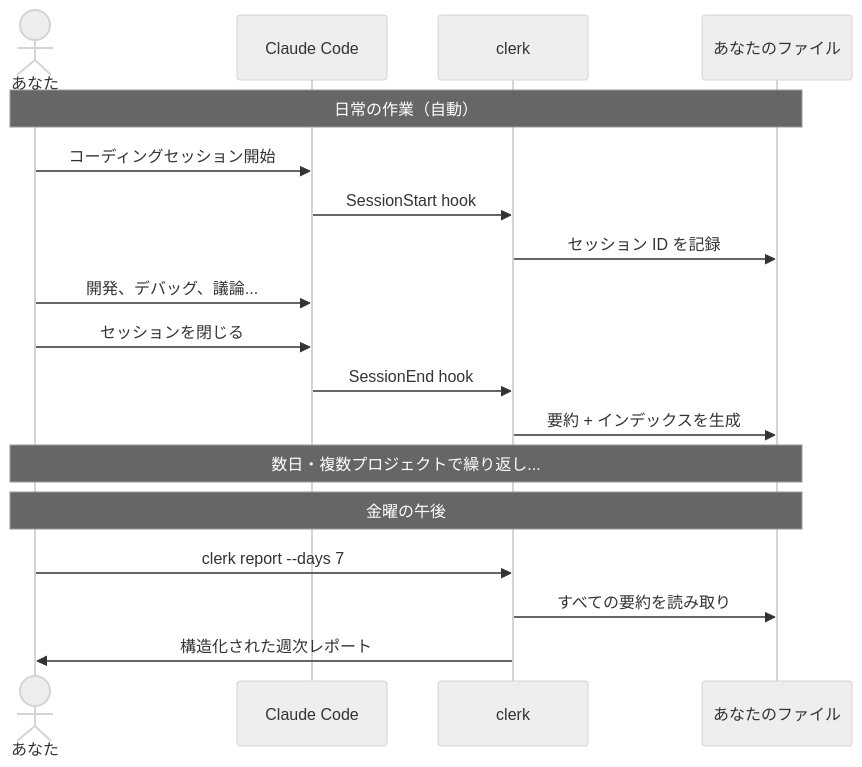
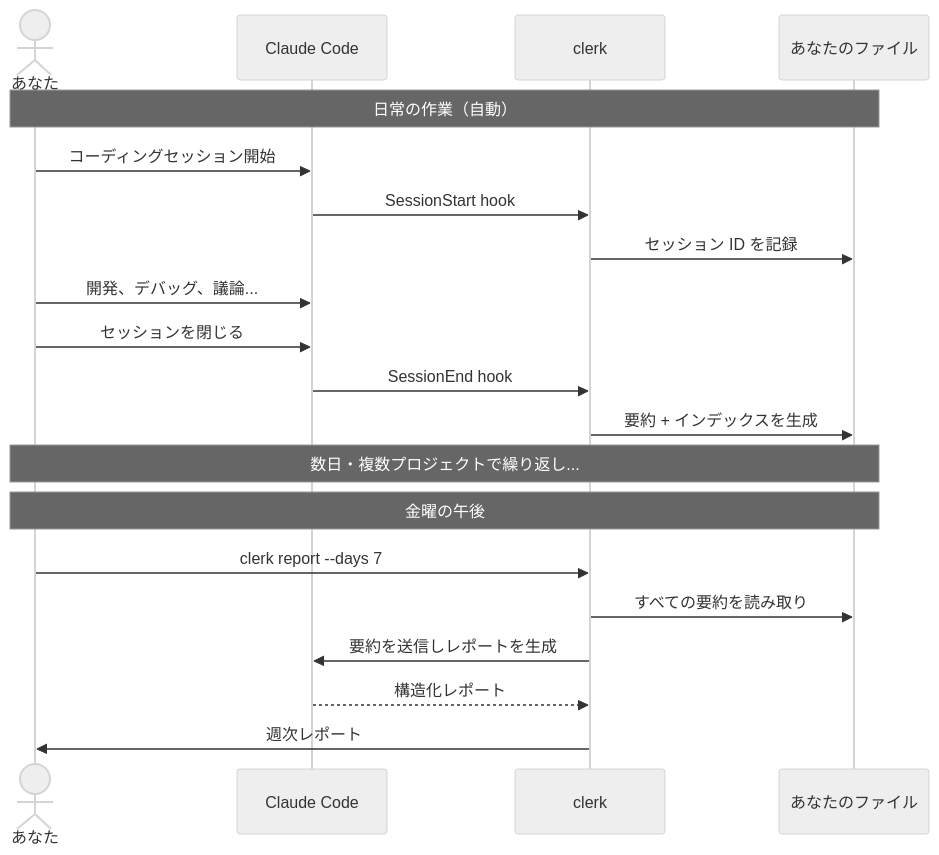
One commit to vulcanshen/clerk changed the second of 2 diagrams in README.ja.md. Above: the diagram before and after it, drawn with Mermaid (neutral theme). The commit also changed 3 other files, not shown here.

Commit message:
docs: add Claude report generation step to user journey diagram

````diff
--- a/README.ja.md
+++ b/README.ja.md
@@ -91,24 +91,26 @@
 ```mermaid
 sequenceDiagram
     actor You as あなた
     participant CC as Claude Code
     participant clerk
     participant Files as あなたのファイル
 
     Note over You,Files: 日常の作業（自動）
     You->>CC: コーディングセッション開始
     CC->>clerk: SessionStart hook
     clerk->>Files: セッション ID を記録
 
     You->>CC: 開発、デバッグ、議論...
     You->>CC: セッションを閉じる
     CC->>clerk: SessionEnd hook
     clerk->>Files: 要約 + インデックスを生成
 
     Note over You,Files: 数日・複数プロジェクトで繰り返し...
 
     Note over You,Files: 金曜の午後
     You->>clerk: clerk report --days 7
     clerk->>Files: すべての要約を読み取り
-    clerk->>You: 構造化された週次レポート
+    clerk->>CC: 要約を送信しレポートを生成
+    CC-->>clerk: 構造化レポート
+    clerk->>You: 週次レポート
 ```
````
